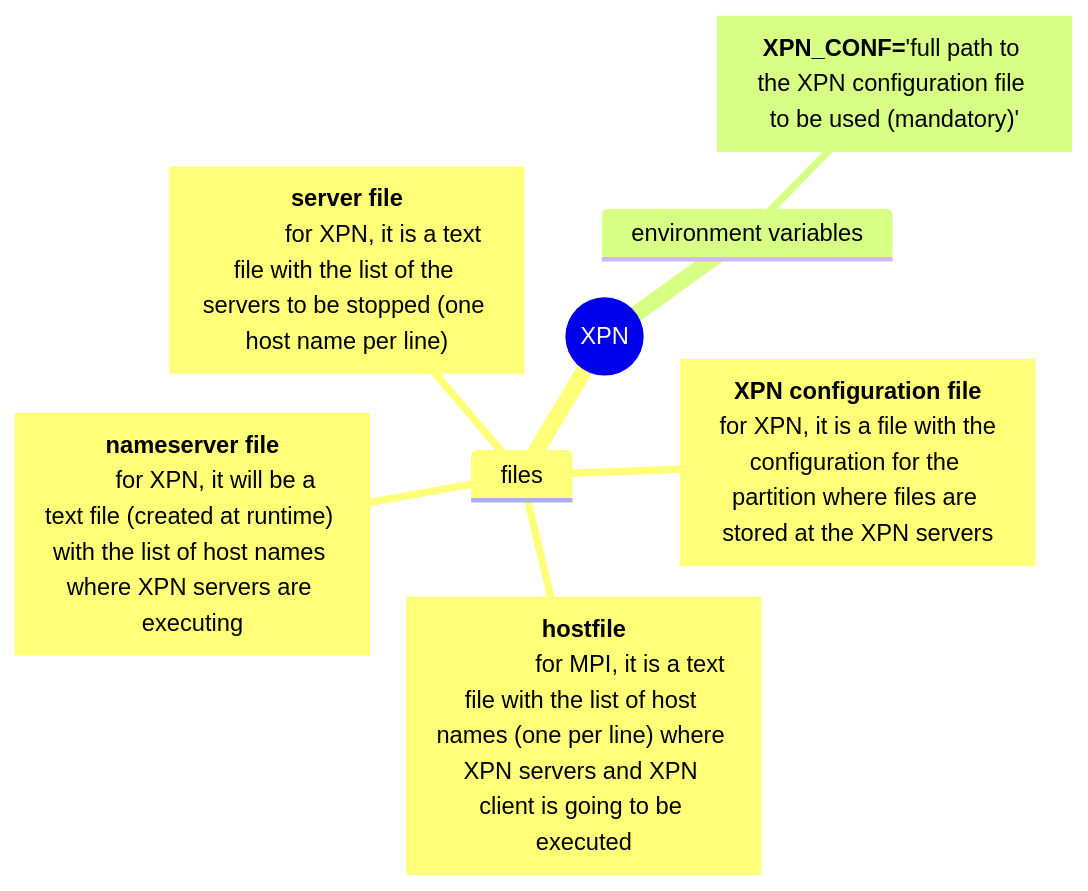
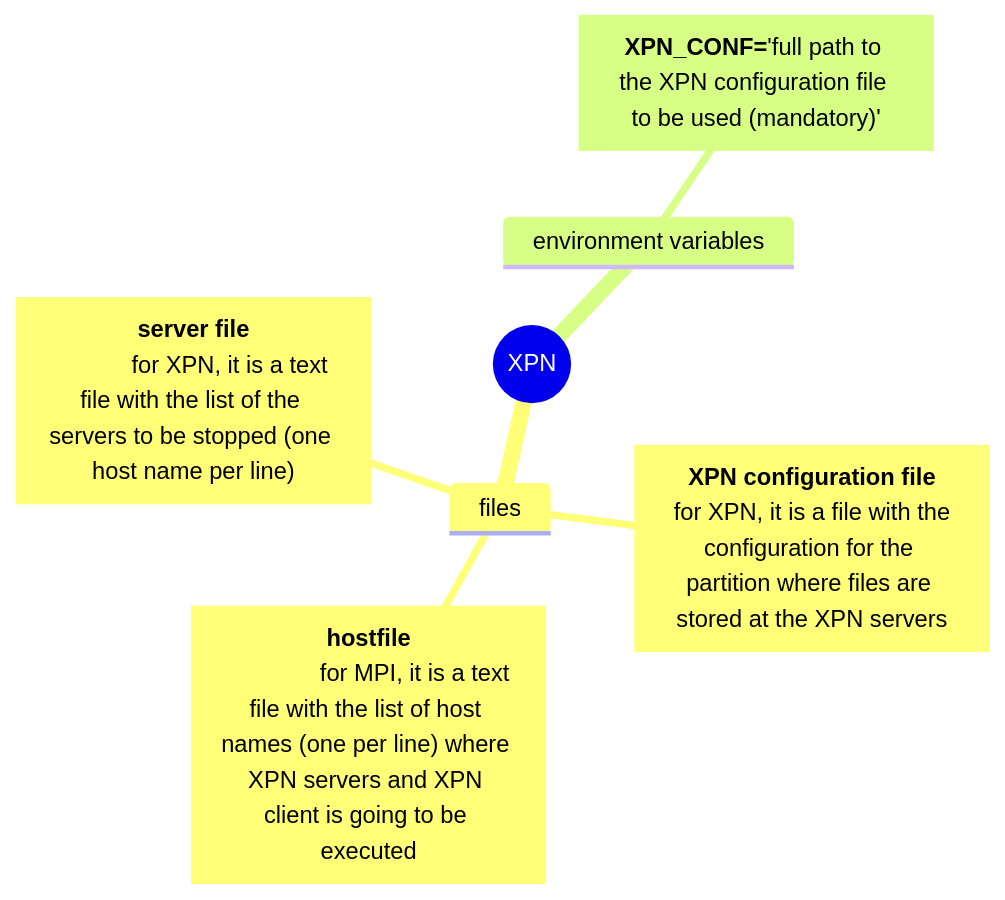
The second of 4 diagrams in README.md (xpn-arcos/xpn), drawn with Mermaid before and after one commit. The commit also changed other lines of this file and 16 other files, not shown here.

````diff
--- a/README.md
+++ b/README.md
@@ -111,11 +111,10 @@
   ```mermaid
   mindmap
   root((XPN))
     files
         ["`**hostfile**</br>               for MPI, it is a text file with the list of host names (one per line) where XPN servers and XPN client is going to be executed`"]
         ["`**XPN configuration file**</br> for XPN, it is a file with the configuration for the partition where files are stored at the XPN servers`"]
-        ["`**nameserver file**</br>        for XPN, it will be a text file (created at runtime) with the list of host names where XPN servers are executing`"]
         ["`**server file**</br>            for XPN, it is a text file with the list of the servers to be stopped (one host name per line)`"]
     environment variables
         ["`**XPN_CONF=**'full path to the XPN configuration file to be used (mandatory)'`"]
 ```
````
